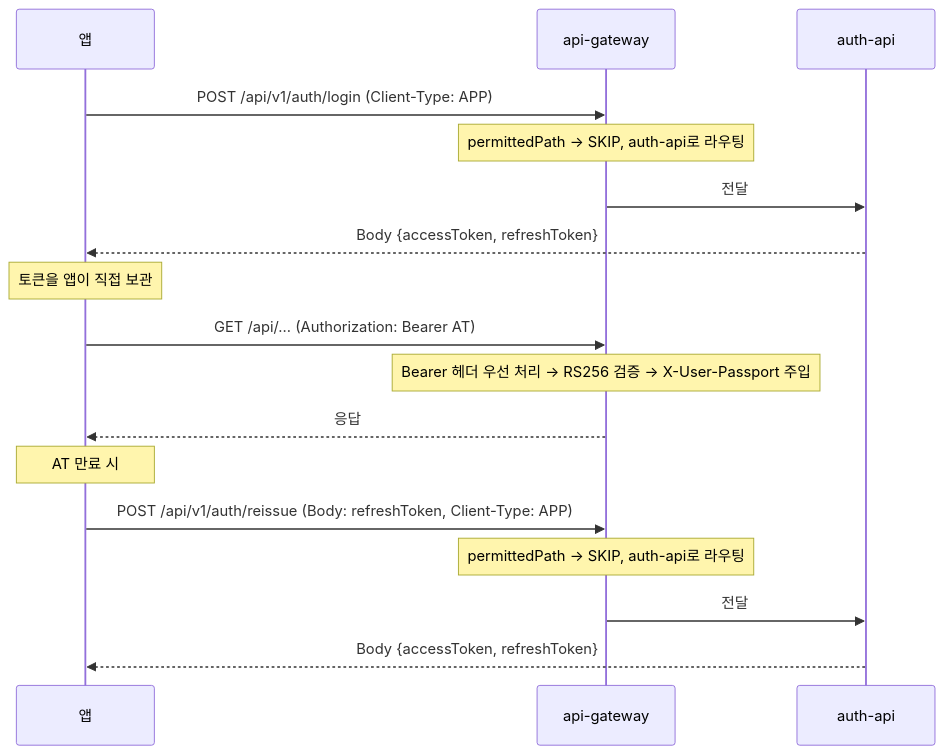
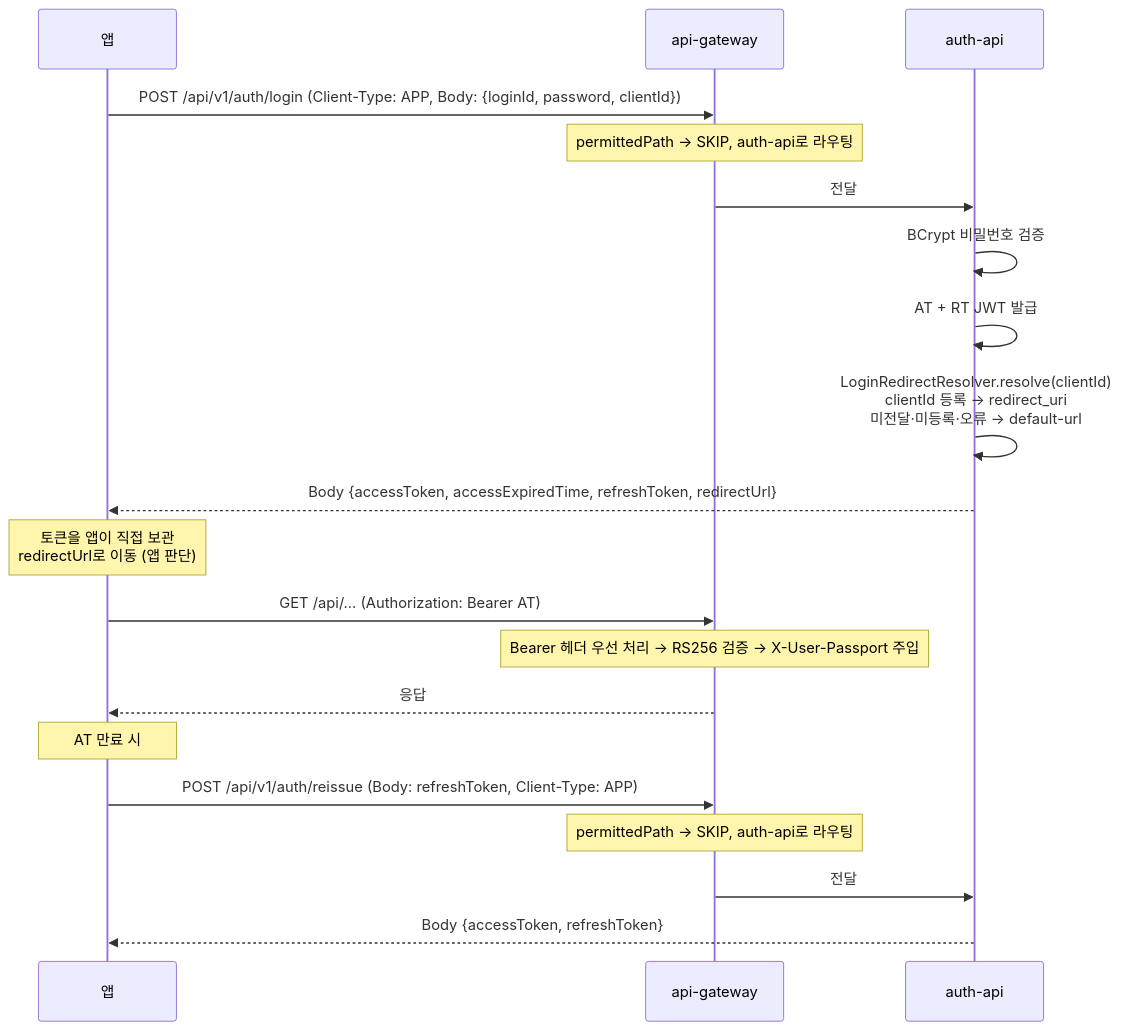
One commit to JNU-econovation/auth-common changed the fifth of 7 diagrams in docs/SEQUENCE-DIAGRAMS.md. Above: the diagram before and after it, drawn with Mermaid. The commit also changed other lines of this file and 11 other files, not shown here.

````diff
--- a/docs/SEQUENCE-DIAGRAMS.md
+++ b/docs/SEQUENCE-DIAGRAMS.md
@@ -90,23 +90,25 @@
 ```mermaid
 sequenceDiagram
     participant APP as 앱
     participant GW as api-gateway
     participant AUTH as auth-api
 
-    APP->>GW: POST /api/v1/auth/login (Client-Type: APP)
+    APP->>GW: POST /api/v1/auth/login (Client-Type: APP, Body: {loginId, password, clientId})
     Note over GW: permittedPath → SKIP, auth-api로 라우팅
     GW->>AUTH: 전달
-    AUTH-->>APP: Body {accessToken, refreshToken}
-
-    Note over APP: 토큰을 앱이 직접 보관
+    AUTH->>AUTH: BCrypt 비밀번호 검증
+    AUTH->>AUTH: AT + RT JWT 발급
+    AUTH->>AUTH: LoginRedirectResolver.resolve(clientId)<br/>clientId 등록 → redirect_uri<br/>미전달·미등록·오류 → default-url
+    AUTH-->>APP: Body {accessToken, accessExpiredTime, refreshToken, redirectUrl}
+    Note over APP: 토큰을 앱이 직접 보관<br/>redirectUrl로 이동 (앱 판단)
 
     APP->>GW: GET /api/... (Authorization: Bearer AT)
     Note over GW: Bearer 헤더 우선 처리 → RS256 검증 → X-User-Passport 주입
     GW-->>APP: 응답
 
     Note over APP: AT 만료 시
     APP->>GW: POST /api/v1/auth/reissue (Body: refreshToken, Client-Type: APP)
     Note over GW: permittedPath → SKIP, auth-api로 라우팅
     GW->>AUTH: 전달
     AUTH-->>APP: Body {accessToken, refreshToken}
 ```
````
